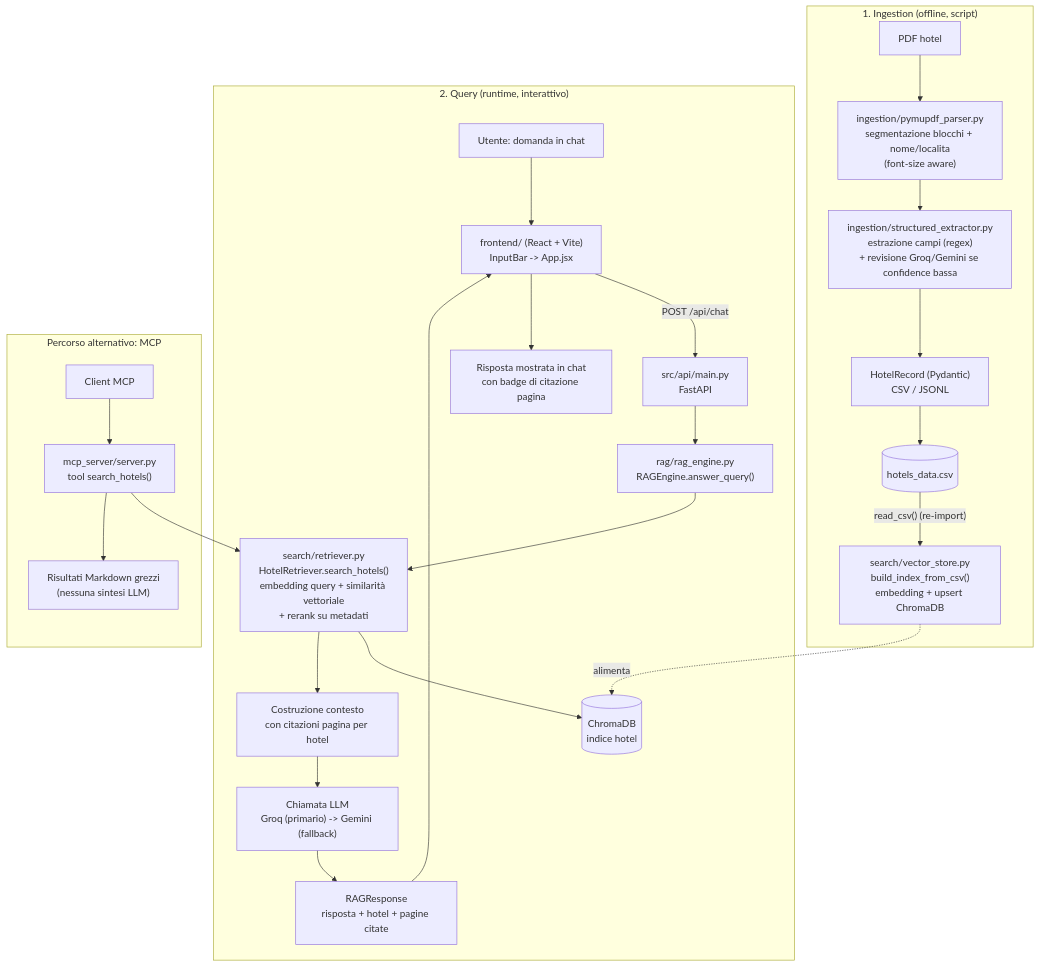
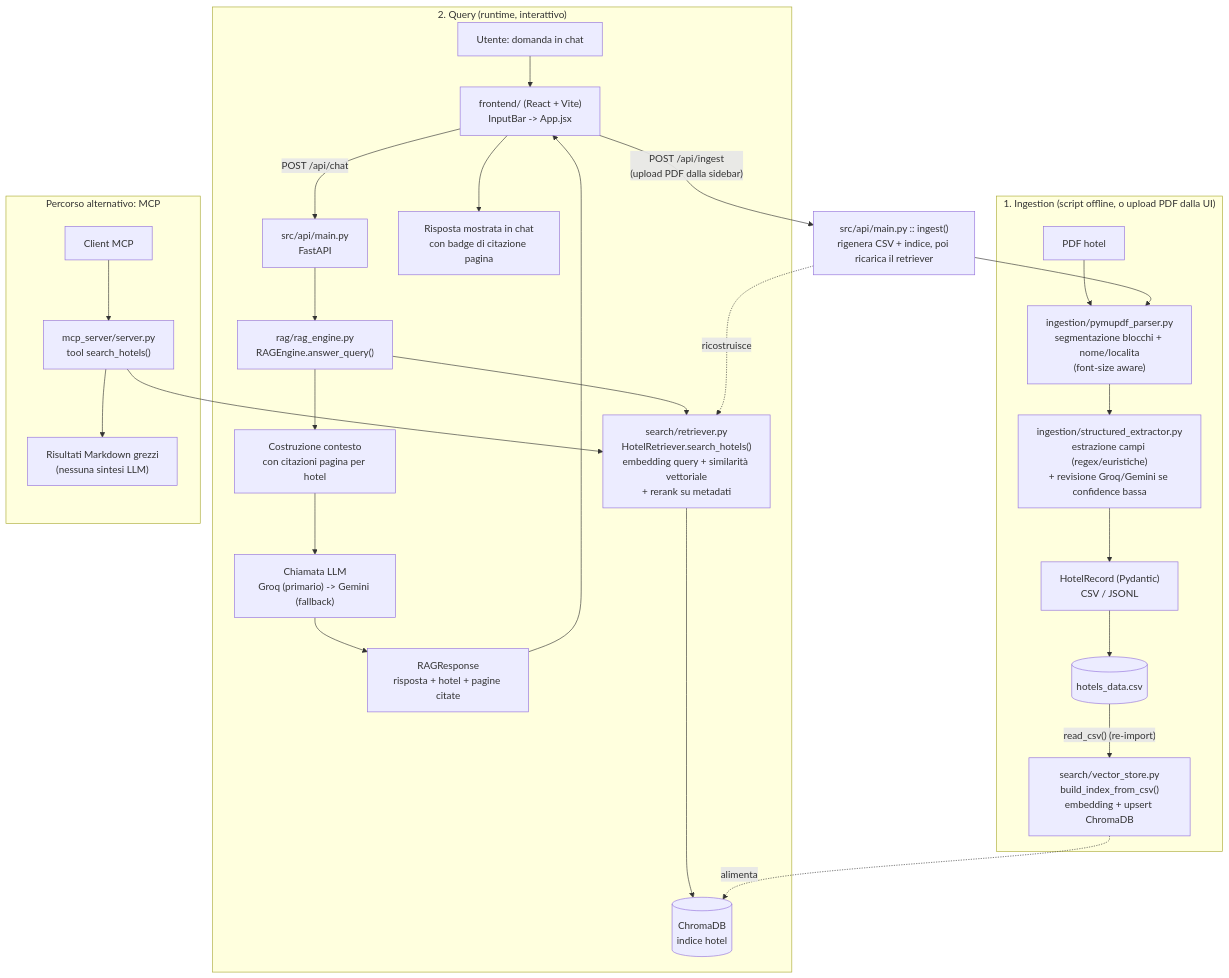
Before and after one commit to workfromrome/HotelAI: the diagram in user-doc/architecture-flow.md, drawn with Mermaid. The commit also changed other lines of this file and 8 other files, not shown here.

````diff
--- a/user-doc/architecture-flow.md
+++ b/user-doc/architecture-flow.md
@@ -19,31 +19,35 @@
 ```mermaid
 flowchart TD
-    subgraph ING["1. Ingestion (offline, script)"]
+    subgraph ING["1. Ingestion (script offline, o upload PDF dalla UI)"]
         PDF["PDF hotel"] --> PARSE["ingestion/pymupdf_parser.py\nsegmentazione blocchi + nome/localita\n(font-size aware)"]
-        PARSE --> EXTRACT["ingestion/structured_extractor.py\nestrazione campi (regex)\n+ revisione Groq/Gemini se confidence bassa"]
+        PARSE --> EXTRACT["ingestion/structured_extractor.py\nestrazione campi (regex/euristiche)\n+ revisione Groq/Gemini se confidence bassa"]
         EXTRACT --> RECORD["HotelRecord (Pydantic)\nCSV / JSONL"]
         RECORD --> CSVFILE[("hotels_data.csv")]
         CSVFILE -->|"read_csv() (re-import)"| INDEX["search/vector_store.py\nbuild_index_from_csv()\nembedding + upsert ChromaDB"]
     end
 
     subgraph QUERY["2. Query (runtime, interattivo)"]
         USER["Utente: domanda in chat"] --> UI["frontend/ (React + Vite)\nInputBar -> App.jsx"]
         UI -->|POST /api/chat| API["src/api/main.py\nFastAPI"]
         API --> ENGINE["rag/rag_engine.py\nRAGEngine.answer_query()"]
         ENGINE --> RETRIEVE["search/retriever.py\nHotelRetriever.search_hotels()\nembedding query + similarità vettoriale\n+ rerank su metadati"]
         RETRIEVE --> CHROMA[(ChromaDB\nindice hotel)]
-        RETRIEVE --> CONTEXT["Costruzione contesto\ncon citazioni pagina per hotel"]
+        ENGINE --> CONTEXT["Costruzione contesto\ncon citazioni pagina per hotel"]
         CONTEXT --> LLM["Chiamata LLM\nGroq (primario) -> Gemini (fallback)"]
         LLM --> RESP["RAGResponse\nrisposta + hotel + pagine citate"]
         RESP --> UI
         UI --> ANSWER["Risposta mostrata in chat\ncon badge di citazione pagina"]
     end
+
+    UI -->|"POST /api/ingest\n(upload PDF dalla sidebar)"| INGEST["src/api/main.py :: ingest()\nrigenera CSV + indice, poi ricarica il retriever"]
+    INGEST --> PARSE
+    INGEST -.ricostruisce.-> RETRIEVE
 
     subgraph MCP["Percorso alternativo: MCP"]
         MCPCLIENT["Client MCP"] --> MCPSERVER["mcp_server/server.py\ntool search_hotels()"]
         MCPSERVER --> RETRIEVE
         MCPSERVER --> MCPOUT["Risultati Markdown grezzi\n(nessuna sintesi LLM)"]
     end
 
     INDEX -.alimenta.-> CHROMA
 ```
````
